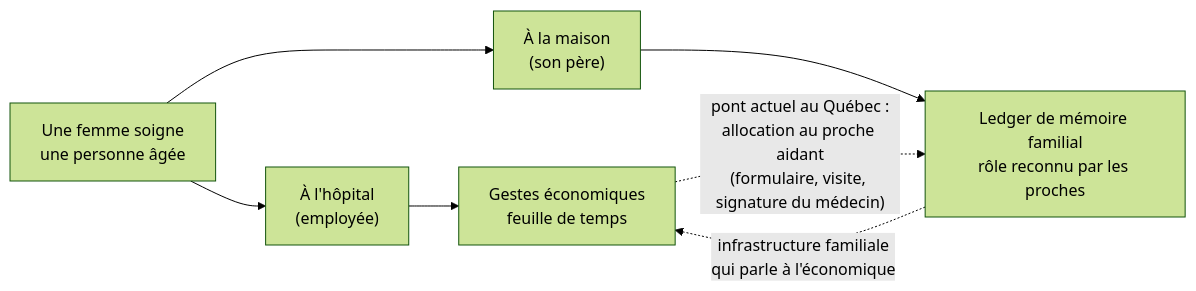
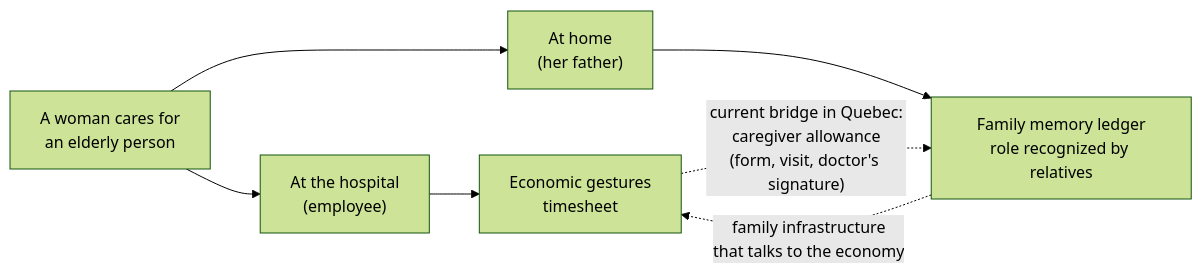
The second of 3 diagrams in content/meetings/2026-09-29-lab.md (Sensorica/nondominium-design-system), drawn with Mermaid (forest theme) before and after one commit. The commit also changed other lines of this file and 14 other files, not shown here.

````diff
--- a/content/meetings/2026-09-29-lab.md
+++ b/content/meetings/2026-09-29-lab.md
@@ -61,10 +62,10 @@
 ```mermaid
-%% caption: Le même geste de soin, inscrit dans deux ledgers qui ne se parlent pas
+%% caption: The same care gesture, entered in two ledgers that do not talk to each other
 flowchart LR
-    G["Une femme soigne<br/>une personne âgée"] --> H["À l'hôpital<br/>(employée)"]
-    G --> M["À la maison<br/>(son père)"]
-    H --> E["Gestes économiques<br/>feuille de temps"]
-    M --> F["Ledger de mémoire familial<br/>rôle reconnu par les proches"]
-    E -.->|"pont actuel au Québec :<br/>allocation au proche aidant<br/>(formulaire, visite, signature du médecin)"| F
-    F -.->|"infrastructure familiale<br/>qui parle à l'économique"| E
+    G["A woman cares for<br/>an elderly person"] --> H["At the hospital<br/>(employee)"]
+    G --> M["At home<br/>(her father)"]
+    H --> E["Economic gestures<br/>timesheet"]
+    M --> F["Family memory ledger<br/>role recognized by relatives"]
+    E -.->|"current bridge in Quebec:<br/>caregiver allowance<br/>(form, visit, doctor's signature)"| F
+    F -.->|"family infrastructure<br/>that talks to the economy"| E
 ```
````
